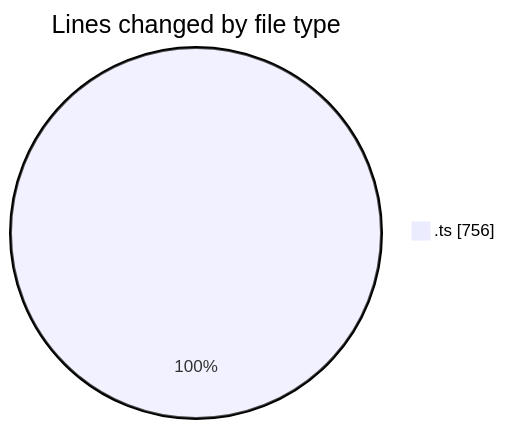
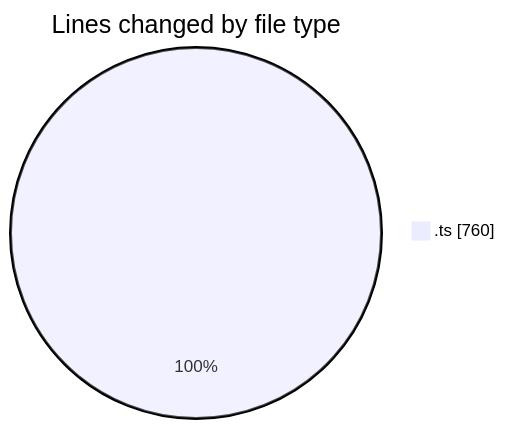
One commit to nxtqubesakshisongat/code-tracking changed the first of 2 diagrams in 2026-03-04/nxtqube_webapp/README.md. Above: the diagram before and after it, drawn with Mermaid. The commit also changed other lines of this file and 1 other file, not shown here.

````diff
--- a/2026-03-04/nxtqube_webapp/README.md
+++ b/2026-03-04/nxtqube_webapp/README.md
@@ -20,5 +20,5 @@
 ```mermaid
 pie showData
 title Lines changed by file type
-".ts" : 756
+".ts" : 760
 ```
````
